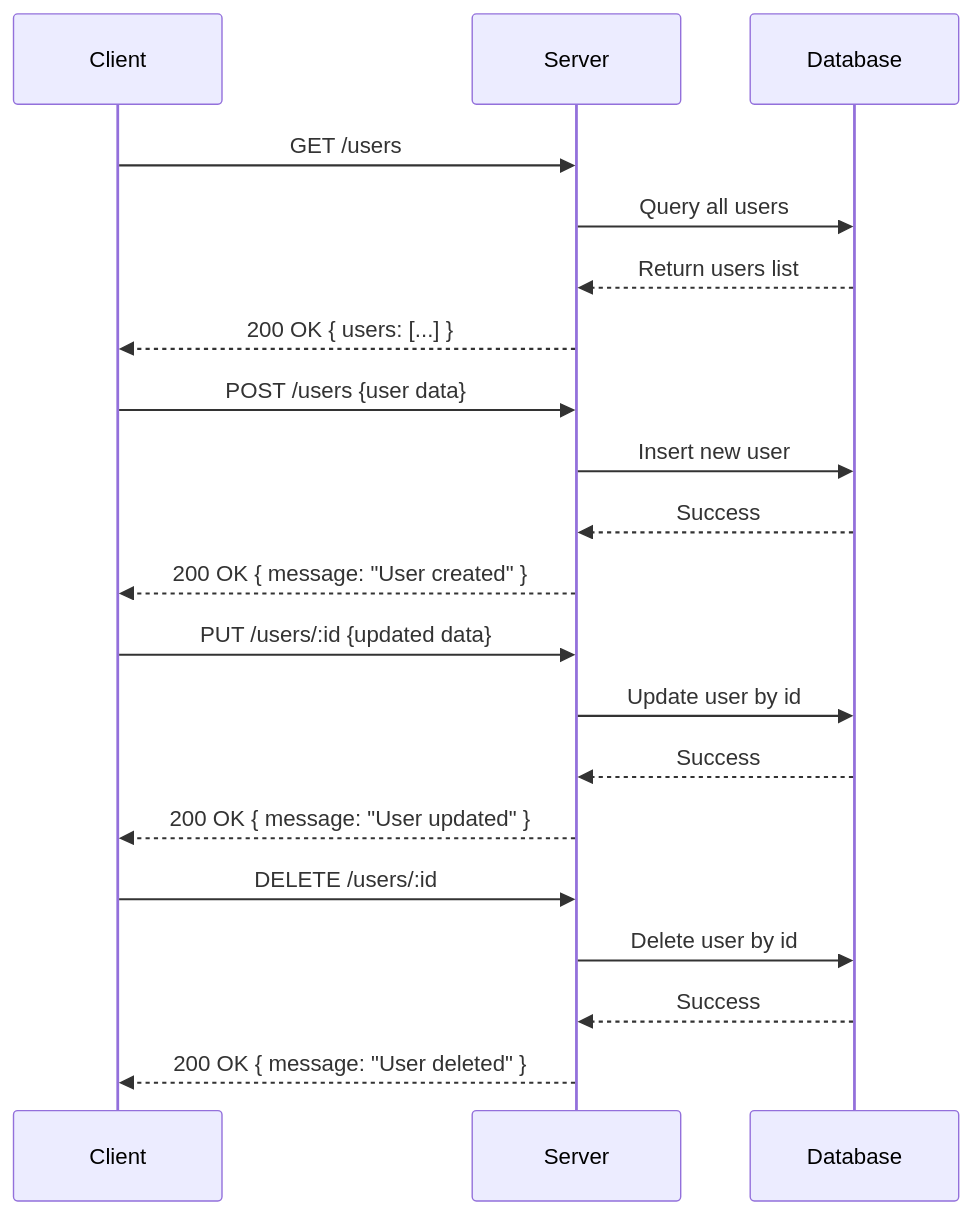
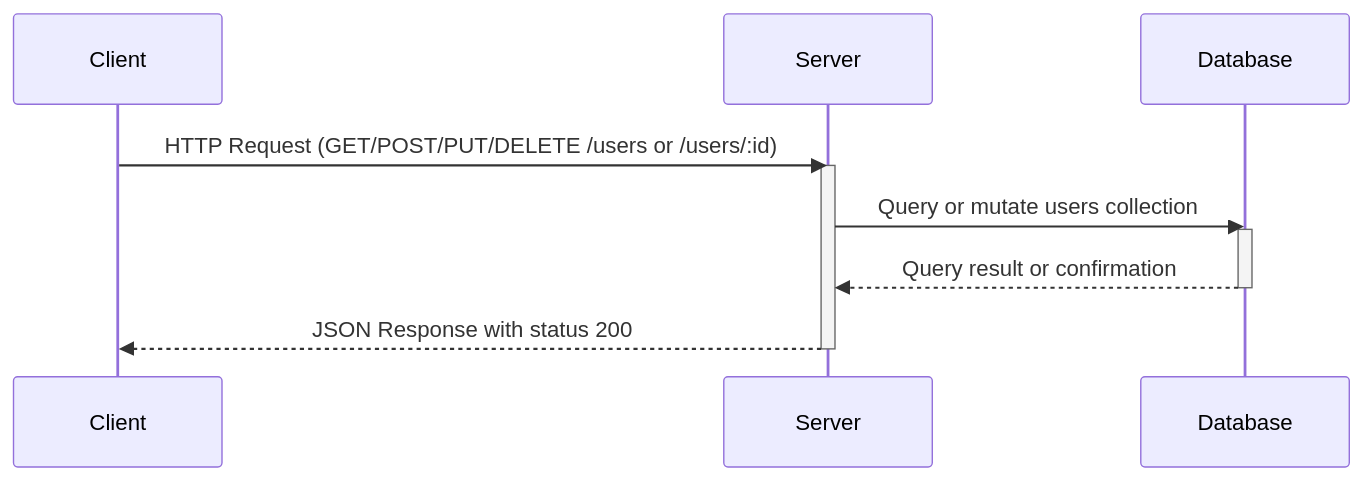
The diagram in generated-api-docs.md (swmiya8/sample-api-key), drawn with Mermaid before and after one commit. The commit also changed other lines of this file, not shown here.

````diff
--- a/generated-api-docs.md
+++ b/generated-api-docs.md
@@ -248,26 +253,15 @@
 ```mermaid
 sequenceDiagram
     participant Client
     participant Server
     participant Database
 
-    Client->>Server: GET /users
-    Server->>Database: Query all users
-    Database-->>Server: Return users list
-    Server-->>Client: 200 OK { users: [...] }
-
-    Client->>Server: POST /users {user data}
-    Server->>Database: Insert new user
-    Database-->>Server: Success
-    Server-->>Client: 200 OK { message: "User created" }
-
-    Client->>Server: PUT /users/:id {updated data}
-    Server->>Database: Update user by id
-    Database-->>Server: Success
-    Server-->>Client: 200 OK { message: "User updated" }
-
-    Client->>Server: DELETE /users/:id
-    Server->>Database: Delete user by id
-    Database-->>Server: Success
-    Server-->>Client: 200 OK { message: "User deleted" }
+    Client->>Server: HTTP Request (GET/POST/PUT/DELETE /users or /users/:id)
+    activate Server
+    Server->>Database: Query or mutate users collection
+    activate Database
+    Database-->>Server: Query result or confirmation
+    deactivate Database
+    Server-->>Client: JSON Response with status 200
+    deactivate Server
 ```
````
